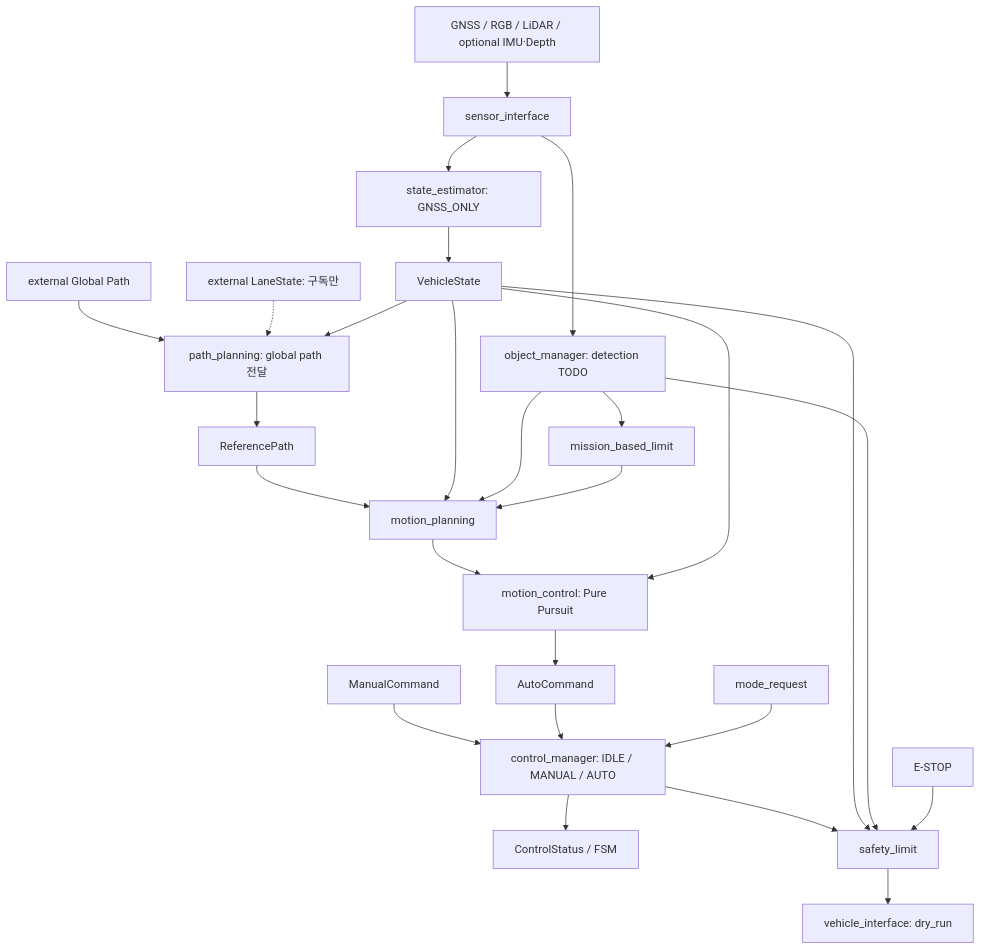
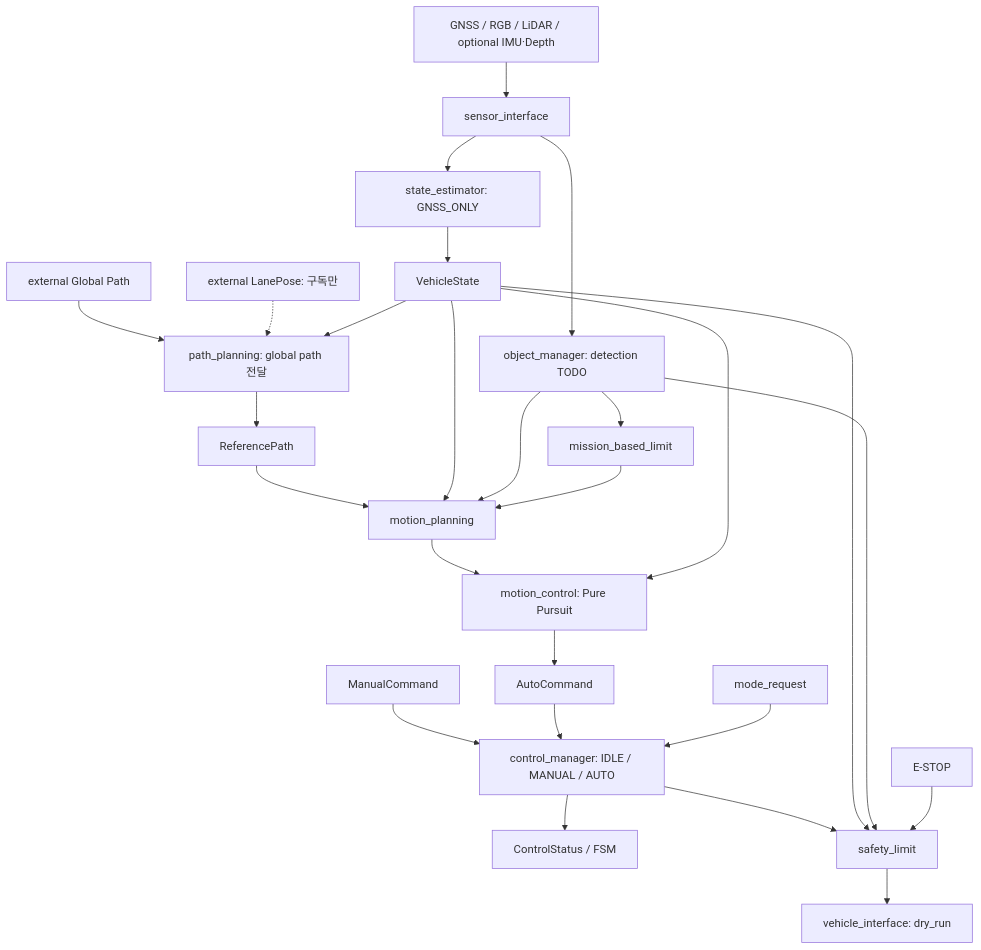
The first of 4 diagrams in doc/guidance_modes.md (planta223/control_manager), drawn with Mermaid before and after one commit. The commit also changed other lines of this file and 30 other files, not shown here.

````diff
--- a/doc/guidance_modes.md
+++ b/doc/guidance_modes.md
@@ -9,28 +11,28 @@
 ```mermaid
 flowchart TD
   S[GNSS / RGB / LiDAR / optional IMU·Depth] --> SI[sensor_interface]
   SI --> E[state_estimator: GNSS_ONLY]
   SI --> O[object_manager: detection TODO]
   E --> V[VehicleState]
   G[external Global Path] --> P[path_planning: global path 전달]
-  L[external LaneState: 구독만] -.-> P
+  L[external LanePose: 구독만] -.-> P
   V --> P
   P --> R[ReferencePath]
   O --> M[mission_based_limit]
   R --> MP[motion_planning]
   V --> MP
   O --> MP
   M --> MP
   MP --> MC[motion_control: Pure Pursuit]
   V --> MC
   MC --> A[AutoCommand]
   U[ManualCommand] --> CM[control_manager: IDLE / MANUAL / AUTO]
   A --> CM
   Q[mode_request] --> CM
   CM --> ST[ControlStatus / FSM]
   CM --> SL[safety_limit]
   V --> SL
   O --> SL
   ES[E-STOP] --> SL
   SL --> VI[vehicle_interface: dry_run]
 ```
````
